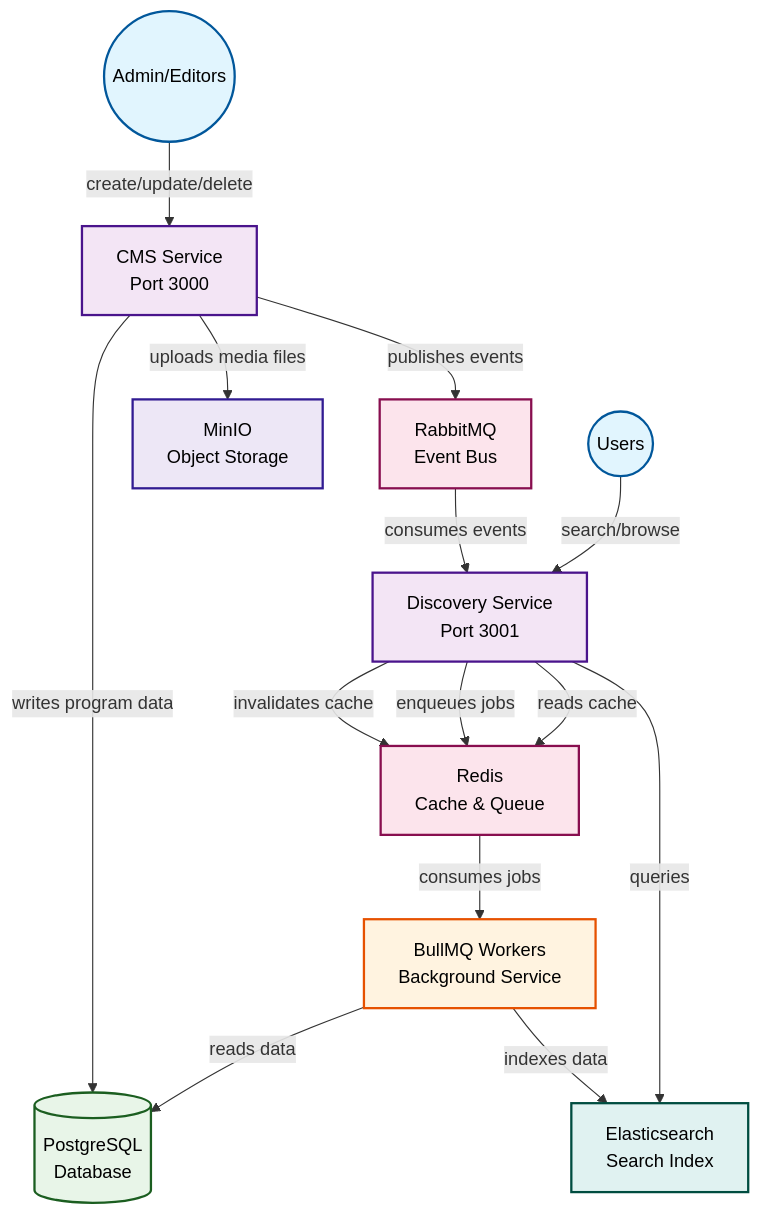
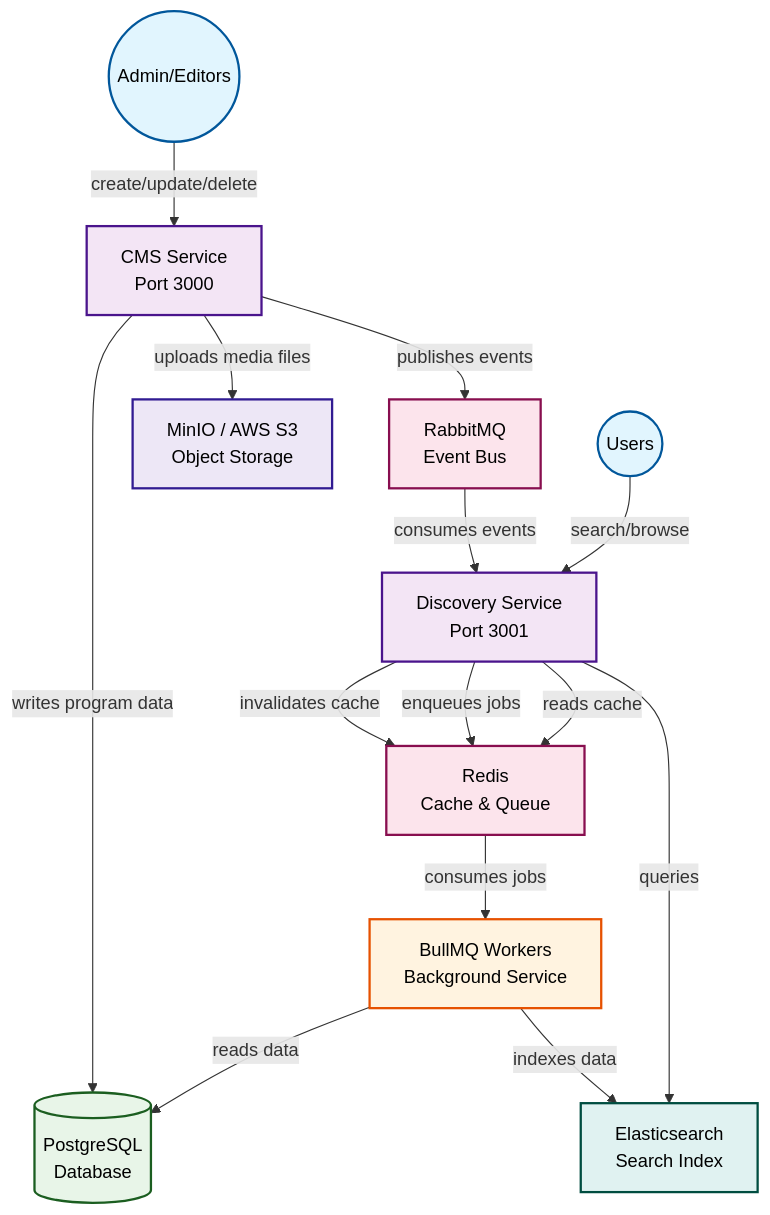
One commit to mhmdcs/octonyah-cms changed the diagram in README.md. Above: the diagram before and after it, drawn with Mermaid.

````diff
--- a/README.md
+++ b/README.md
@@ -348,51 +348,51 @@
 ```mermaid
 flowchart TD
     %% Users
     I((Admin/Editors)):::actor
     U((Users)):::actor
 
     %% CMS System
     A[CMS Service<br/>Port 3000]:::service
     B[(PostgreSQL<br/>Database)]:::database
-    M[MinIO<br/>Object Storage]:::storage
+    M[MinIO / AWS S3<br/>Object Storage]:::storage
     
     I -->|create/update/delete| A
     A -->|writes program data| B
     A -->|uploads media files| M
     A -->|publishes events| C
 
     %% Event Bus
     C[RabbitMQ<br/>Event Bus]:::queue
     C -->|consumes events| D
 
     %% Discovery Service
     D[Discovery Service<br/>Port 3001]:::service
     D -->|invalidates cache| E
     D -->|enqueues jobs| E
 
     %% Cache & Queue
     E[Redis<br/>Cache & Queue]:::queue
     E -->|consumes jobs| F
 
     %% Background Worker
     F[BullMQ Workers<br/>Background Service]:::worker
     F -->|reads data| B
     F -->|indexes data| G
 
     %% Search Index
     G[Elasticsearch<br/>Search Index]:::search
     D -->|queries| G
     D -->|reads cache| E
 
     %% Discovery API
     U -->|search/browse| D
 
     %% Styling
     classDef actor fill:#e1f5fe,stroke:#01579b,stroke-width:2px,color:#000
     classDef service fill:#f3e5f5,stroke:#4a148c,stroke-width:2px,color:#000
     classDef database fill:#e8f5e8,stroke:#1b5e20,stroke-width:2px,color:#000
     classDef worker fill:#fff3e0,stroke:#e65100,stroke-width:2px,color:#000
     classDef queue fill:#fce4ec,stroke:#880e4f,stroke-width:2px,color:#000
     classDef search fill:#e0f2f1,stroke:#004d40,stroke-width:2px,color:#000
     classDef storage fill:#ede7f6,stroke:#311b92,stroke-width:2px,color:#000
 ```
````
